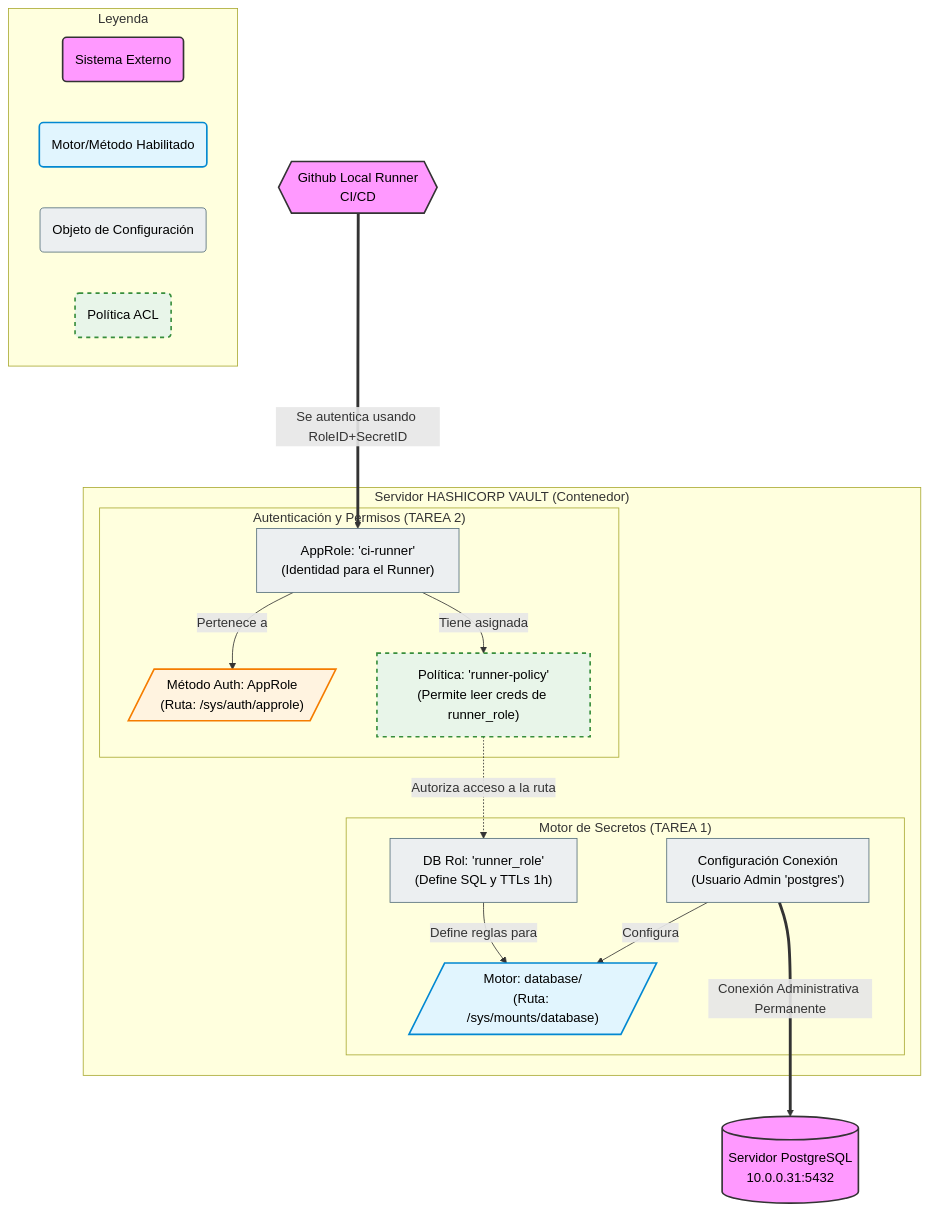
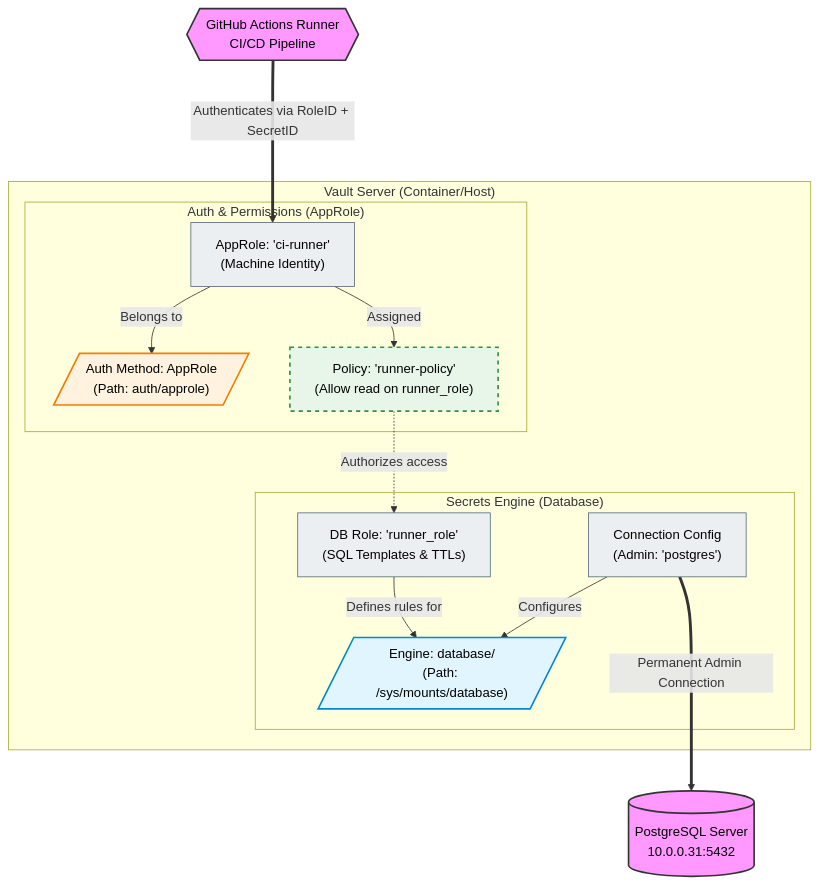
Before and after one commit to luisiglesiasv-coder/mi-laboratorio-iac: the first of 3 diagrams in roles/vault_server/README.md, drawn with Mermaid. The commit also changed other lines of this file and 12 other files, not shown here.

````diff
--- a/roles/vault_server/README.md
+++ b/roles/vault_server/README.md
@@ -9,56 +41,43 @@
 ```mermaid
 graph TD
-    %% Definición de Estilos
+    %% Styles
     classDef external fill:#f9f,stroke:#333,stroke-width:2px,color:black;
     classDef vaultEngine fill:#e1f5fe,stroke:#0288d1,stroke-width:2px,color:black;
     classDef vaultAuth fill:#fff3e0,stroke:#f57c00,stroke-width:2px,color:black;
     classDef vaultPolicy fill:#e8f5e9,stroke:#388e3c,stroke-width:2px,color:black,stroke-dasharray: 5 5;
     classDef vaultConfig fill:#eceff1,stroke:#546e7a,stroke-width:1px,color:black;
 
-    %% Nodos Externos
-    PG[(Servidor PostgreSQL\n10.0.0.31:5432)]:::external
-    RUNNER{{Github Local Runner\nCI/CD}}:::external
+    %% External Nodes
+    PG[(PostgreSQL Server\n10.0.0.31:5432)]:::external
+    RUNNER{{GitHub Actions Runner\nCI/CD Pipeline}}:::external
 
-    %% Límite del Servidor Vault
-    subgraph "Servidor HASHICORP VAULT (Contenedor)"
+    %% Vault Server Boundaries
+    subgraph "Vault Server (Container/Host)"
         
-        %% --- SECCIÓN TAREA 1: Base de Datos ---
-        subgraph "Motor de Secretos (TAREA 1)"
-            DB_ENGINE[/"Motor: database/\n(Ruta: /sys/mounts/database)"/]:::vaultEngine
+        %% --- Secrets Engine Section ---
+        subgraph "Secrets Engine (Database)"
+            DB_ENGINE[/"Engine: database/\n(Path: /sys/mounts/database)"/]:::vaultEngine
+            DB_CONFIG["Connection Config\n(Admin: 'postgres')"]:::vaultConfig
+            DB_ROLE["DB Role: 'runner_role'\n(SQL Templates & TTLs)"]:::vaultConfig
             
-            DB_CONFIG["Configuración Conexión\n(Usuario Admin 'postgres')"]:::vaultConfig
-            
-            DB_ROLE["DB Rol: 'runner_role'\n(Define SQL y TTLs 1h)"]:::vaultConfig
-            
-            DB_CONFIG -->|Configura| DB_ENGINE
-            DB_ROLE -->|Define reglas para| DB_ENGINE
+            DB_CONFIG -->|Configures| DB_ENGINE
+            DB_ROLE -->|Defines rules for| DB_ENGINE
         end
 
-        %% --- SECCIÓN TAREA 2: Autenticación y Políticas ---
-        subgraph "Autenticación y Permisos (TAREA 2)"
-            AUTH_METHOD[/"Método Auth: AppRole\n(Ruta: /sys/auth/approle)"/]:::vaultAuth
-            
-            APPROLE["AppRole: 'ci-runner'\n(Identidad para el Runner)"]:::vaultConfig
-            
-            POLICY["Política: 'runner-policy'\n(Permite leer creds de runner_role)"]:::vaultPolicy
+        %% --- Auth & Policies Section ---
+        subgraph "Auth & Permissions (AppRole)"
+            AUTH_METHOD[/"Auth Method: AppRole\n(Path: auth/approle)"/]:::vaultAuth
+            APPROLE["AppRole: 'ci-runner'\n(Machine Identity)"]:::vaultConfig
+            POLICY["Policy: 'runner-policy'\n(Allow read on runner_role)"]:::vaultPolicy
 
-            APPROLE -->|Pertenece a| AUTH_METHOD
-            APPROLE -->|Tiene asignada| POLICY
+            APPROLE -->|Belongs to| AUTH_METHOD
+            APPROLE -->|Assigned| POLICY
         end
 
-        %% --- EL PUENTE ---
-        POLICY -.->|Autoriza acceso a la ruta| DB_ROLE
+        POLICY -.->|Authorizes access| DB_ROLE
     end
 
-    %% Relaciones Externas
-    DB_CONFIG ===>|Conexión Administrativa Permanente| PG
-    RUNNER ===>|Se autentica usando RoleID+SecretID| APPROLE
-
-    %% Leyenda
-    subgraph Leyenda
-        L1(Sistema Externo):::external
-        L2(Motor/Método Habilitado):::vaultEngine
-        L3(Objeto de Configuración):::vaultConfig
-        L4(Política ACL):::vaultPolicy
-    end
+    %% External Relations
+    DB_CONFIG ===>|Permanent Admin Connection| PG
+    RUNNER ===>|Authenticates via RoleID + SecretID| APPROLE
 ```
````
